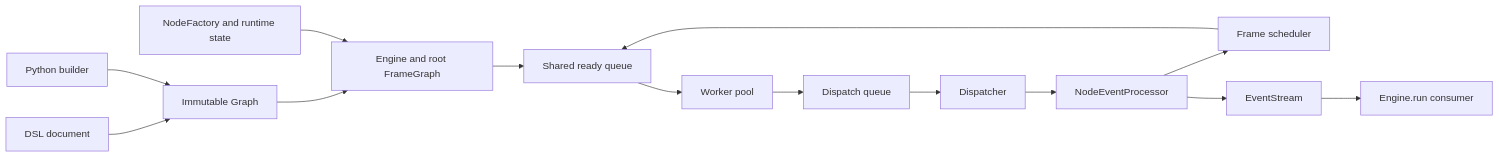
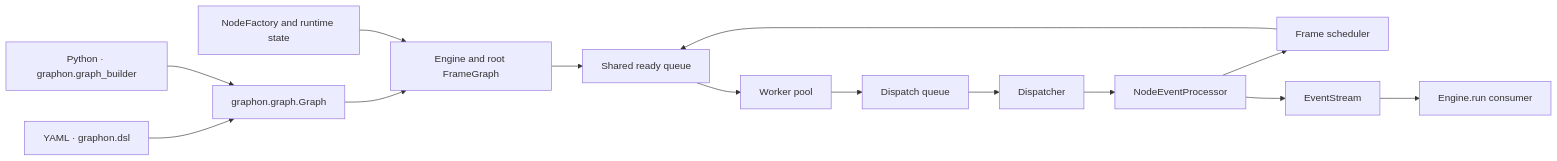
The diagram in ARCHITECTURE.md (langgenius/graphon), drawn with Mermaid before and after one commit. The commit also changed other lines of this file and 17 other files, not shown here.

````diff
--- a/ARCHITECTURE.md
+++ b/ARCHITECTURE.md
@@ -61,16 +65,16 @@
 ```mermaid
 flowchart LR
-    DSL[DSL document] --> Graph[Immutable Graph]
-    Python[Python builder] --> Graph
+    DSL["YAML · graphon.dsl"] --> Graph["graphon.graph.Graph"]
+    Python["Python · graphon.graph_builder"] --> Graph
     Graph --> Engine[Engine and root FrameGraph]
     Host[NodeFactory and runtime state] --> Engine
     Engine --> Ready[Shared ready queue]
     Ready --> Workers[Worker pool]
     Workers --> Dispatch[Dispatch queue]
     Dispatch --> Dispatcher[Dispatcher]
     Dispatcher --> Processor[NodeEventProcessor]
     Processor --> Scheduler[Frame scheduler]
     Scheduler --> Ready
     Processor --> Stream[EventStream]
     Stream --> Consumer[Engine.run consumer]
 ```
````
